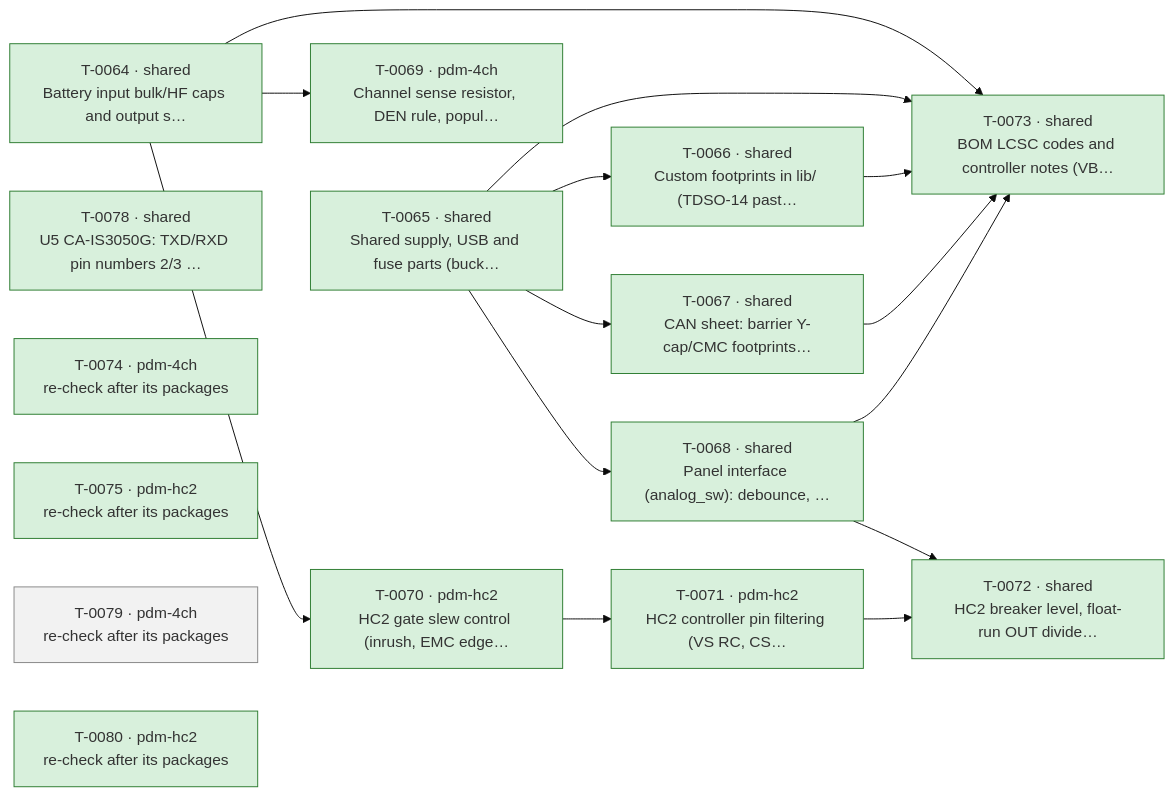
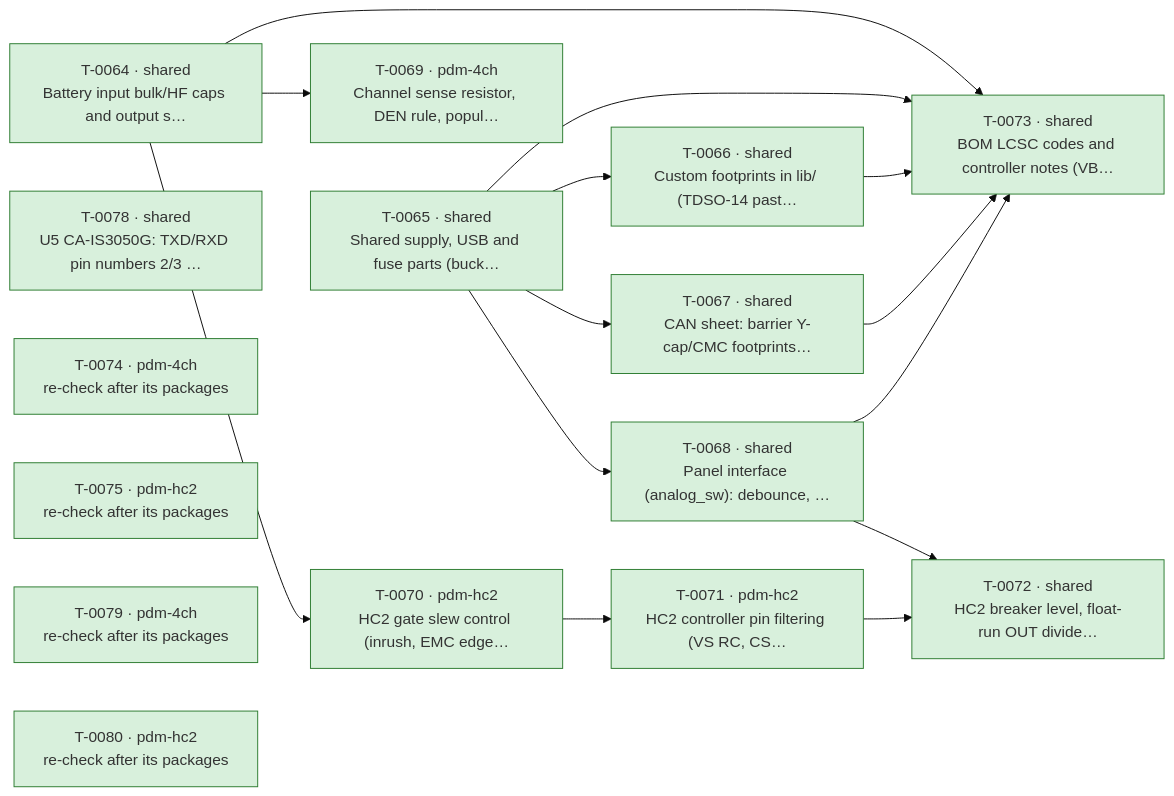
The diagram in docs/ROADMAP.md (plektra/ESP32-PDM), drawn with Mermaid (base theme) before and after one commit. The commit also changed other lines of this file and 2 other files, not shown here.

Commit message:
Auto: validator pdm-4ch (T-0079): 0 decided by agents, 0 for the owner, 0 duplicates
Unattended run by tools/orchestrate.py, model sonnet, 0.13 USD.

````diff
--- a/docs/ROADMAP.md
+++ b/docs/ROADMAP.md
@@ -18,35 +18,35 @@
 ```mermaid
 flowchart LR
   T0064["T-0064 · shared<br/>Battery input bulk/HF caps and output s…"]:::done
   T0065["T-0065 · shared<br/>Shared supply, USB and fuse parts (buck…"]:::done
   T0066["T-0066 · shared<br/>Custom footprints in lib/ (TDSO-14 past…"]:::done
   T0067["T-0067 · shared<br/>CAN sheet: barrier Y-cap/CMC footprints…"]:::done
   T0068["T-0068 · shared<br/>Panel interface (analog_sw): debounce, …"]:::done
   T0069["T-0069 · pdm-4ch<br/>Channel sense resistor, DEN rule, popul…"]:::done
   T0070["T-0070 · pdm-hc2<br/>HC2 gate slew control (inrush, EMC edge…"]:::done
   T0071["T-0071 · pdm-hc2<br/>HC2 controller pin filtering (VS RC, CS…"]:::done
   T0072["T-0072 · shared<br/>HC2 breaker level, float-run OUT divide…"]:::done
   T0073["T-0073 · shared<br/>BOM LCSC codes and controller notes (VB…"]:::done
   T0078["T-0078 · shared<br/>U5 CA-IS3050G: TXD/RXD pin numbers 2/3 …"]:::done
   T0074["T-0074 · pdm-4ch<br/>re-check after its packages"]:::done
   T0075["T-0075 · pdm-hc2<br/>re-check after its packages"]:::done
-  T0079["T-0079 · pdm-4ch<br/>re-check after its packages"]:::ready
+  T0079["T-0079 · pdm-4ch<br/>re-check after its packages"]:::done
   T0080["T-0080 · pdm-hc2<br/>re-check after its packages"]:::done
   T0065 --> T0066
   T0065 --> T0067
   T0065 --> T0068
   T0064 --> T0069
   T0064 --> T0070
   T0070 --> T0071
   T0068 --> T0072
   T0071 --> T0072
   T0064 --> T0073
   T0065 --> T0073
   T0066 --> T0073
   T0067 --> T0073
   T0068 --> T0073
   classDef done fill:#d8f0dc,stroke:#2e7d32
   classDef running fill:#d6e6ff,stroke:#1f5fbf
   classDef ready fill:#f2f2f2,stroke:#888
   classDef failed fill:#f9d9d9,stroke:#b3261e
 ```
````
